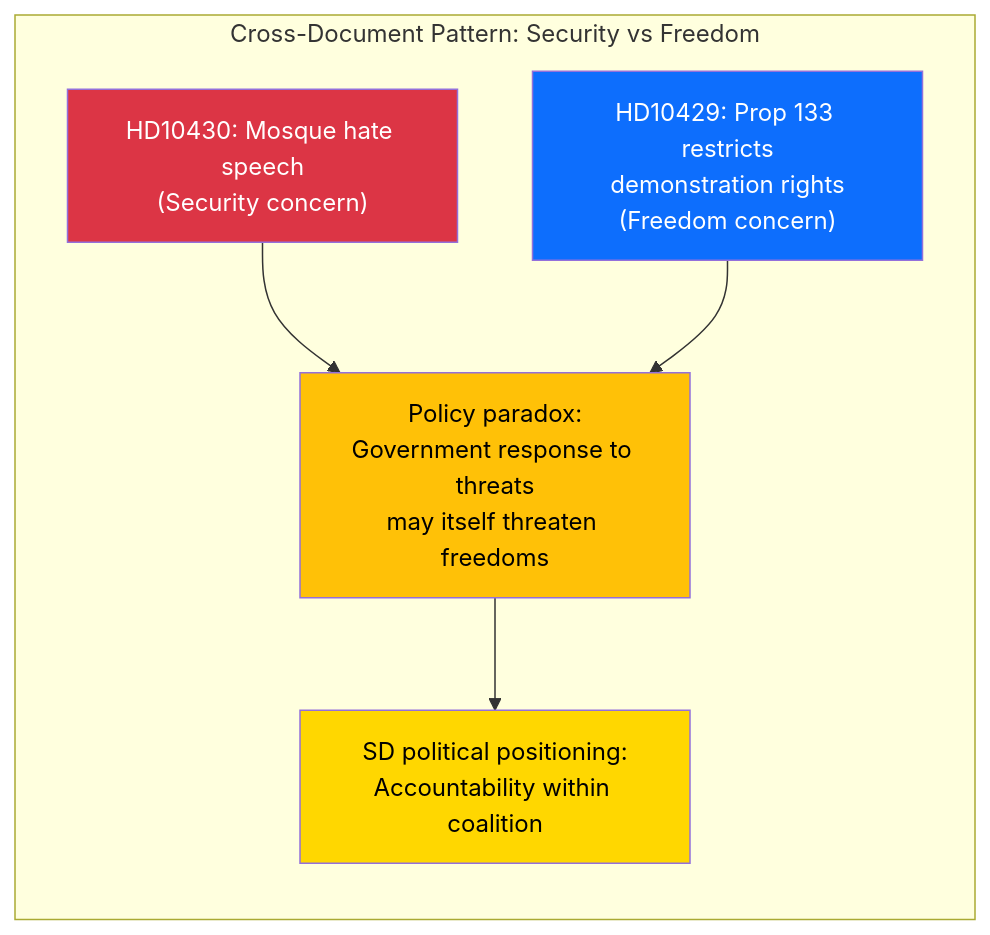
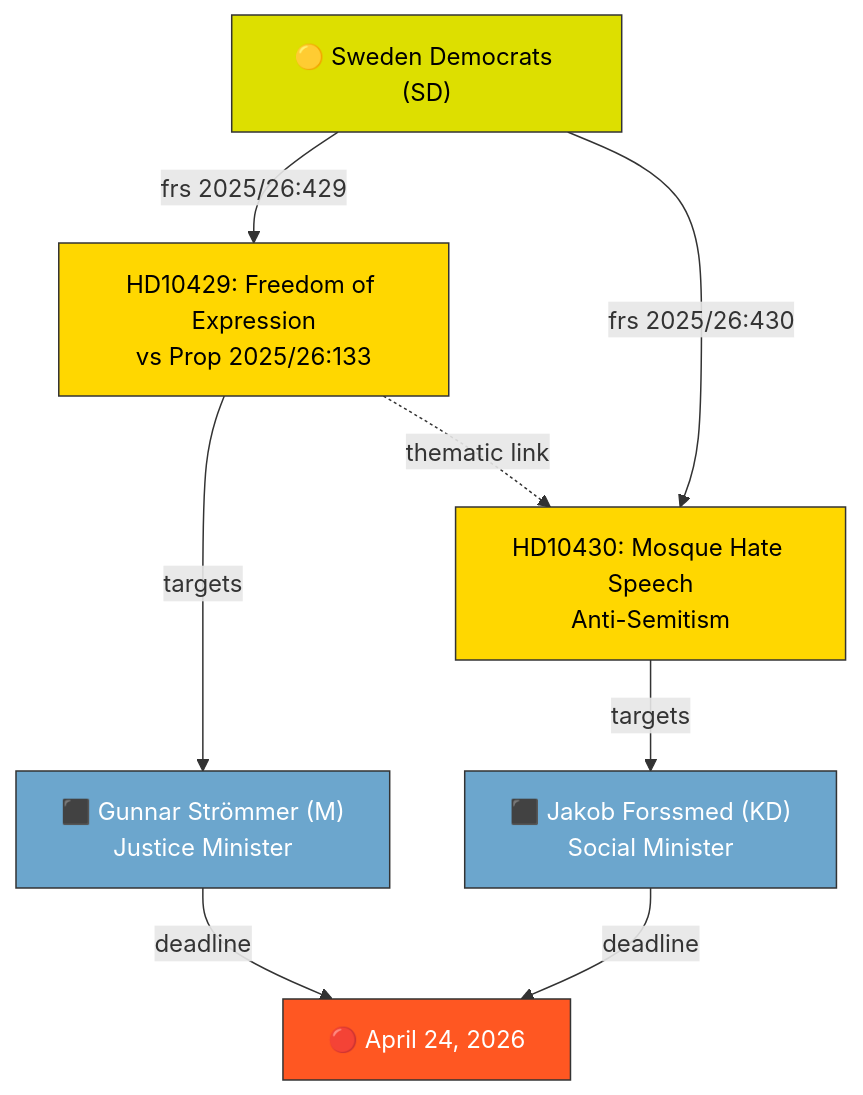
Before and after one commit to Hack23/riksdagsmonitor: the diagram in analysis/daily/2026-04-13/interpellations/synthesis-summary.md, drawn with Mermaid. The commit also changed other lines of this file and 17 other files, not shown here.

````diff
--- a/analysis/daily/2026-04-13/interpellations/synthesis-summary.md
+++ b/analysis/daily/2026-04-13/interpellations/synthesis-summary.md
@@ -61,12 +44,21 @@
 ```mermaid
-graph LR
-    subgraph "Cross-Document Pattern: Security vs Freedom"
-        A["HD10430: Mosque hate speech<br/>(Security concern)"] --> C["Policy paradox:<br/>Government response to threats<br/>may itself threaten freedoms"]
-        B["HD10429: Prop 133 restricts<br/>demonstration rights<br/>(Freedom concern)"] --> C
-        C --> D["SD political positioning:<br/>Accountability within coalition"]
-    end
-    style A fill:#dc3545,color:#fff
-    style B fill:#0d6efd,color:#fff
-    style C fill:#ffc107,color:#000
-    style D fill:#ffd700,color:#000
+graph TD
+    SD["🟡 Sweden Democrats (SD)"]
+    SD -->|"frs 2025/26:429"| IP1["HD10429: Freedom of Expression<br/>vs Prop 2025/26:133"]
+    SD -->|"frs 2025/26:430"| IP2["HD10430: Mosque Hate Speech<br/>Anti-Semitism"]
+    
+    IP1 -->|"targets"| MS["⬛ Gunnar Strömmer (M)<br/>Justice Minister"]
+    IP2 -->|"targets"| JF["⬛ Jakob Forssmed (KD)<br/>Social Minister"]
+    
+    IP1 -.->|"thematic link"| IP2
+    
+    MS -->|"deadline"| D1["🔴 April 24, 2026"]
+    JF -->|"deadline"| D1
+    
+    style SD fill:#DDDF00,stroke:#333,color:#000
+    style MS fill:#6CA6CD,stroke:#333,color:#fff
+    style JF fill:#6CA6CD,stroke:#333,color:#fff
+    style D1 fill:#FF5722,stroke:#333,color:#fff
+    style IP1 fill:#FFD700,stroke:#333,color:#000
+    style IP2 fill:#FFD700,stroke:#333,color:#000
 ```
````
